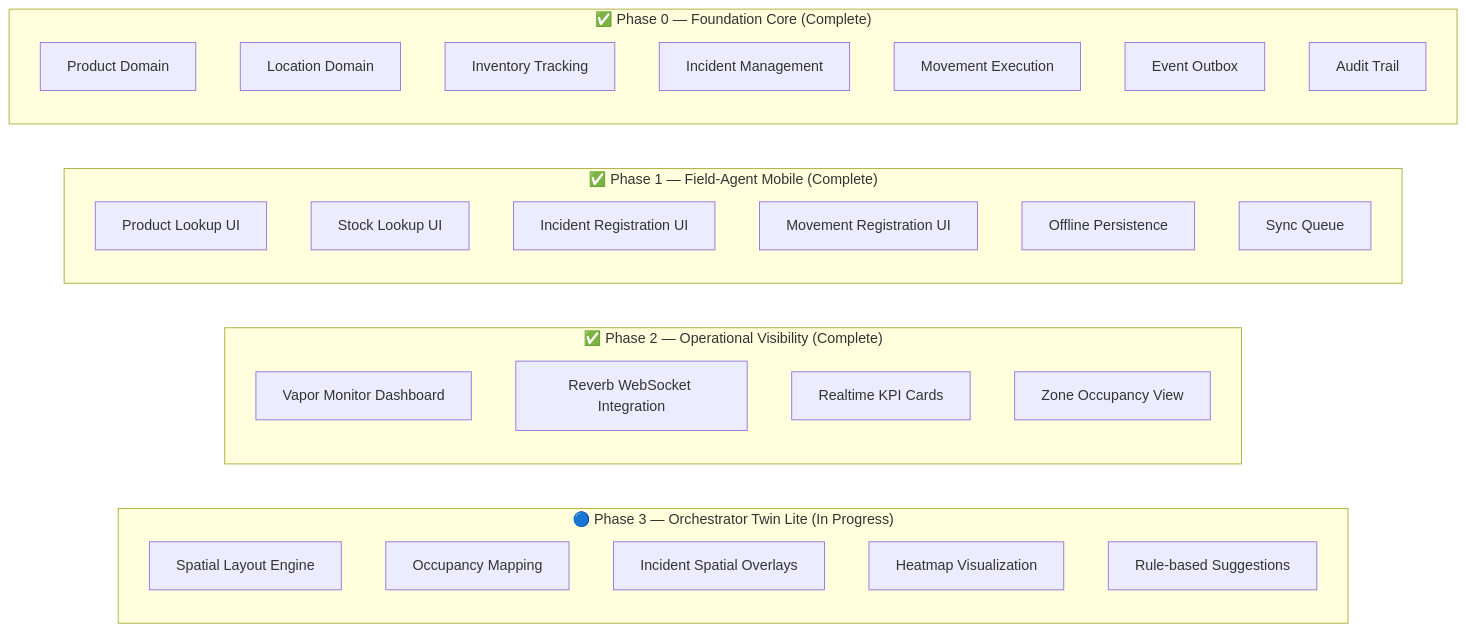
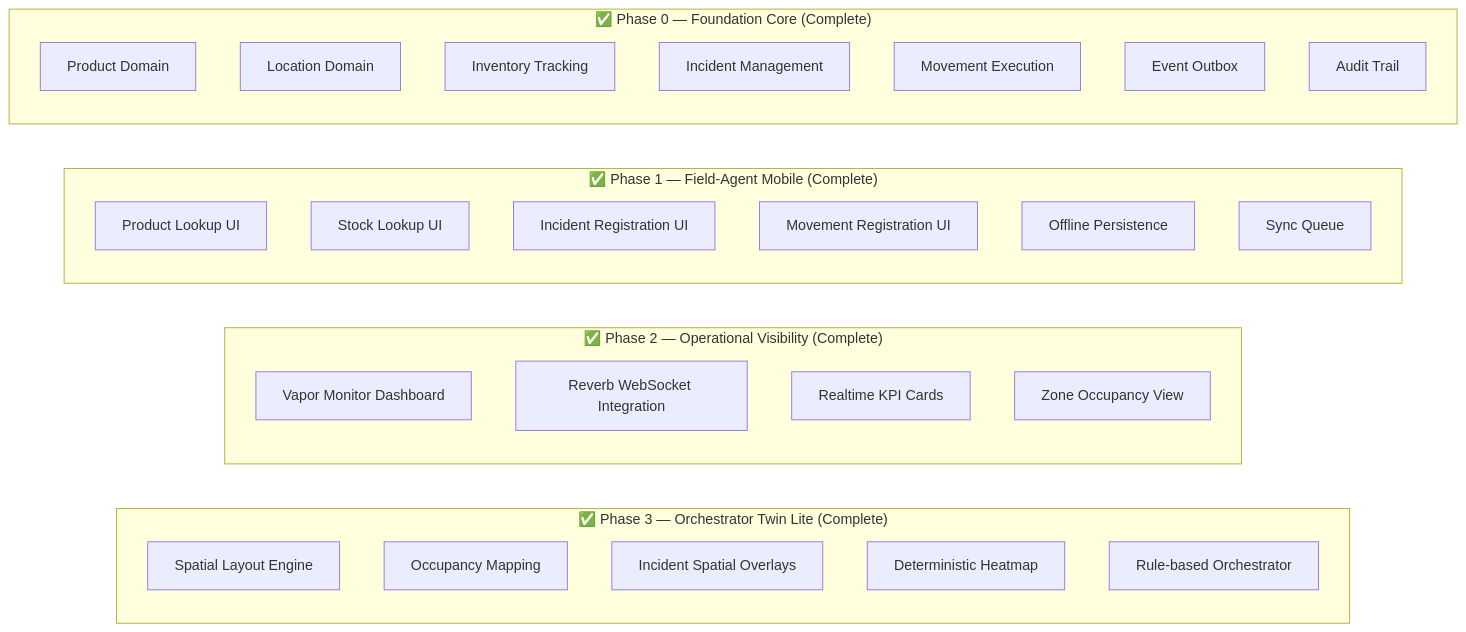
One commit to h-builds/nexus-wms changed the fifth of 5 diagrams in README.md. Above: the diagram before and after it, drawn with Mermaid. The commit also changed other lines of this file and 1 other file, not shown here.

Commit message:
feat: complete Phase 3 Orchestrator Twin Lite development and add formal validation documentation

````diff
--- a/README.md
+++ b/README.md
@@ -175,44 +175,44 @@
 ```mermaid
 flowchart TB
     subgraph Phase0 ["✅ Phase 0 — Foundation Core (Complete)"]
         direction TB
         P["Product Domain"]
         L["Location Domain"]
         I["Inventory Tracking"]
         IR["Incident Management"]
         MT["Movement Execution"]
         EV["Event Outbox"]
         AU["Audit Trail"]
     end
 
     subgraph Phase1 ["✅ Phase 1 — Field-Agent Mobile (Complete)"]
         direction TB
         PL["Product Lookup UI"]
         SL["Stock Lookup UI"]
         IReg["Incident Registration UI"]
         MReg["Movement Registration UI"]
         OFF["Offline Persistence"]
         SYN["Sync Queue"]
     end
 
     subgraph Phase2 ["✅ Phase 2 — Operational Visibility (Complete)"]
         direction TB
         VM["Vapor Monitor Dashboard"]
         REV["Reverb WebSocket Integration"]
         KPI["Realtime KPI Cards"]
         OCC["Zone Occupancy View"]
     end
 
-    subgraph Phase3 ["🔵 Phase 3 — Orchestrator Twin Lite (In Progress)"]
+    subgraph Phase3 ["✅ Phase 3 — Orchestrator Twin Lite (Complete)"]
         direction TB
         SP["Spatial Layout Engine"]
         OM["Occupancy Mapping"]
         IM["Incident Spatial Overlays"]
-        HM["Heatmap Visualization"]
-        RS["Rule-based Suggestions"]
+        HM["Deterministic Heatmap"]
+        RS["Rule-based Orchestrator"]
     end
 
     Phase0 ~~~ Phase1
     Phase1 ~~~ Phase2
     Phase2 ~~~ Phase3
 ```
````
